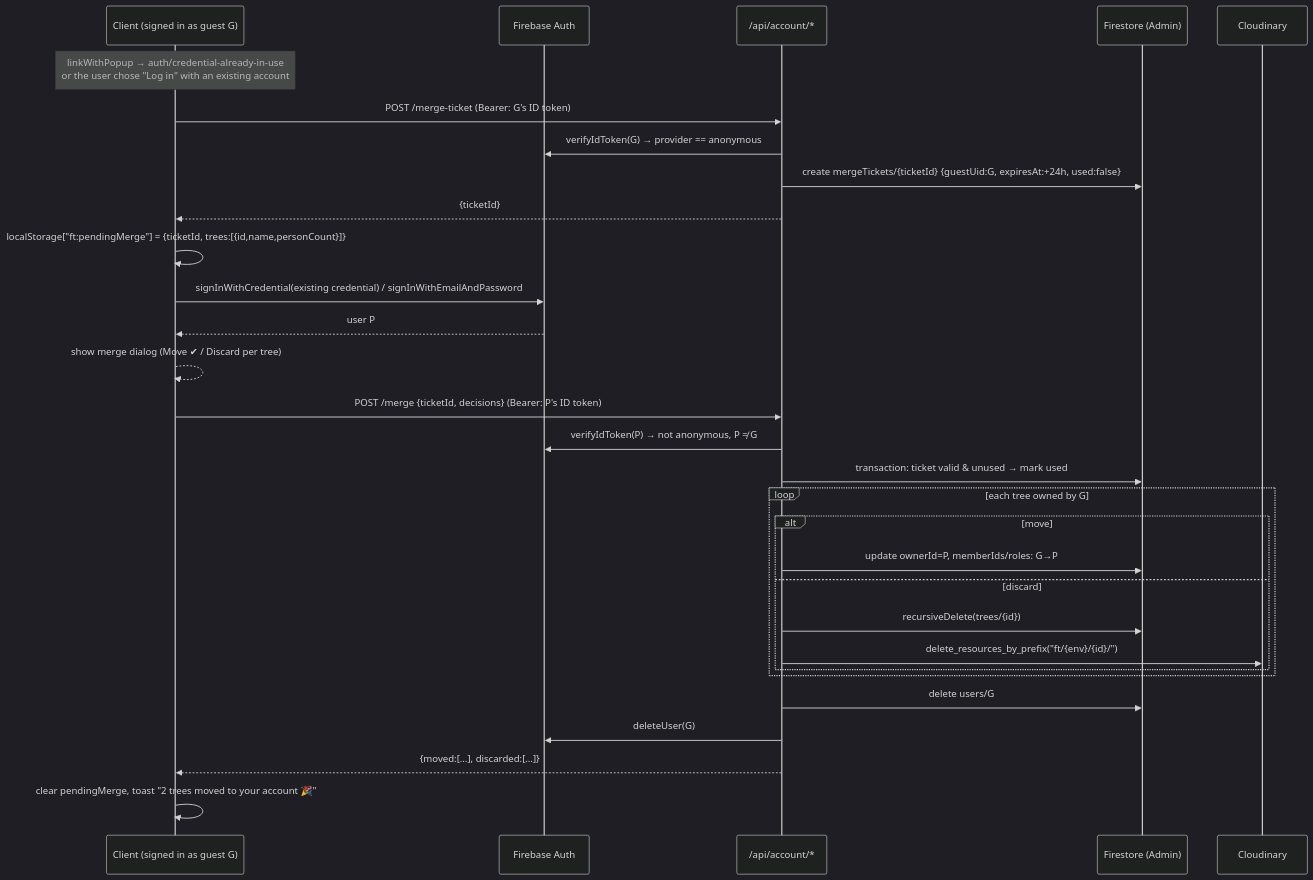
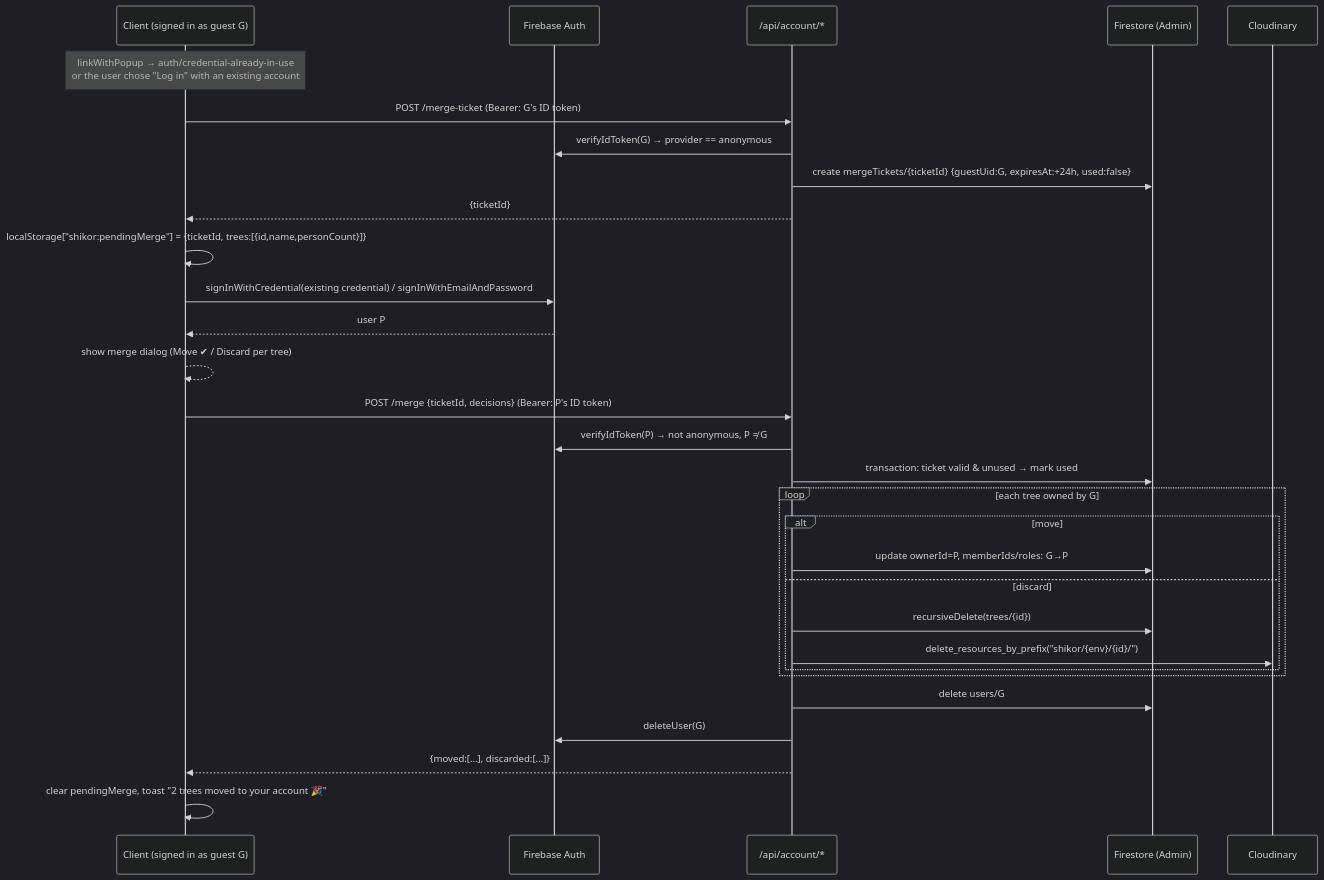
The fourth of 8 diagrams in docs/DESIGN.md (redwanhasan980/Family-Tree), drawn with Mermaid (dark theme) before and after one commit. The commit also changed other lines of this file and 6 other files, not shown here.

First line of the commit message:
docs: name the product Shikor (শিকড়)

````diff
--- a/docs/DESIGN.md
+++ b/docs/DESIGN.md
@@ -746,32 +746,32 @@
 ```mermaid
 sequenceDiagram
     participant C as Client (signed in as guest G)
     participant A as Firebase Auth
     participant S as /api/account/*
     participant F as Firestore (Admin)
     participant K as Cloudinary
     Note over C: linkWithPopup → auth/credential-already-in-use<br/>or the user chose "Log in" with an existing account
     C->>S: POST /merge-ticket  (Bearer: G's ID token)
     S->>A: verifyIdToken(G) → provider == anonymous
     S->>F: create mergeTickets/{ticketId} {guestUid:G, expiresAt:+24h, used:false}
     S-->>C: {ticketId}
-    C->>C: localStorage["ft:pendingMerge"] = {ticketId, trees:[{id,name,personCount}]}
+    C->>C: localStorage["shikor:pendingMerge"] = {ticketId, trees:[{id,name,personCount}]}
     C->>A: signInWithCredential(existing credential) / signInWithEmailAndPassword
     A-->>C: user P
     C-->>C: show merge dialog (Move ✔ / Discard per tree)
     C->>S: POST /merge {ticketId, decisions}  (Bearer: P's ID token)
     S->>A: verifyIdToken(P) → not anonymous, P ≠ G
     S->>F: transaction: ticket valid & unused → mark used
     loop each tree owned by G
         alt move
             S->>F: update ownerId=P, memberIds/roles: G→P
         else discard
             S->>F: recursiveDelete(trees/{id})
-            S->>K: delete_resources_by_prefix("ft/{env}/{id}/")
+            S->>K: delete_resources_by_prefix("shikor/{env}/{id}/")
         end
     end
     S->>F: delete users/G
     S->>A: deleteUser(G)
     S-->>C: {moved:[…], discarded:[…]}
     C->>C: clear pendingMerge, toast "2 trees moved to your account 🎉"
 ```
````
